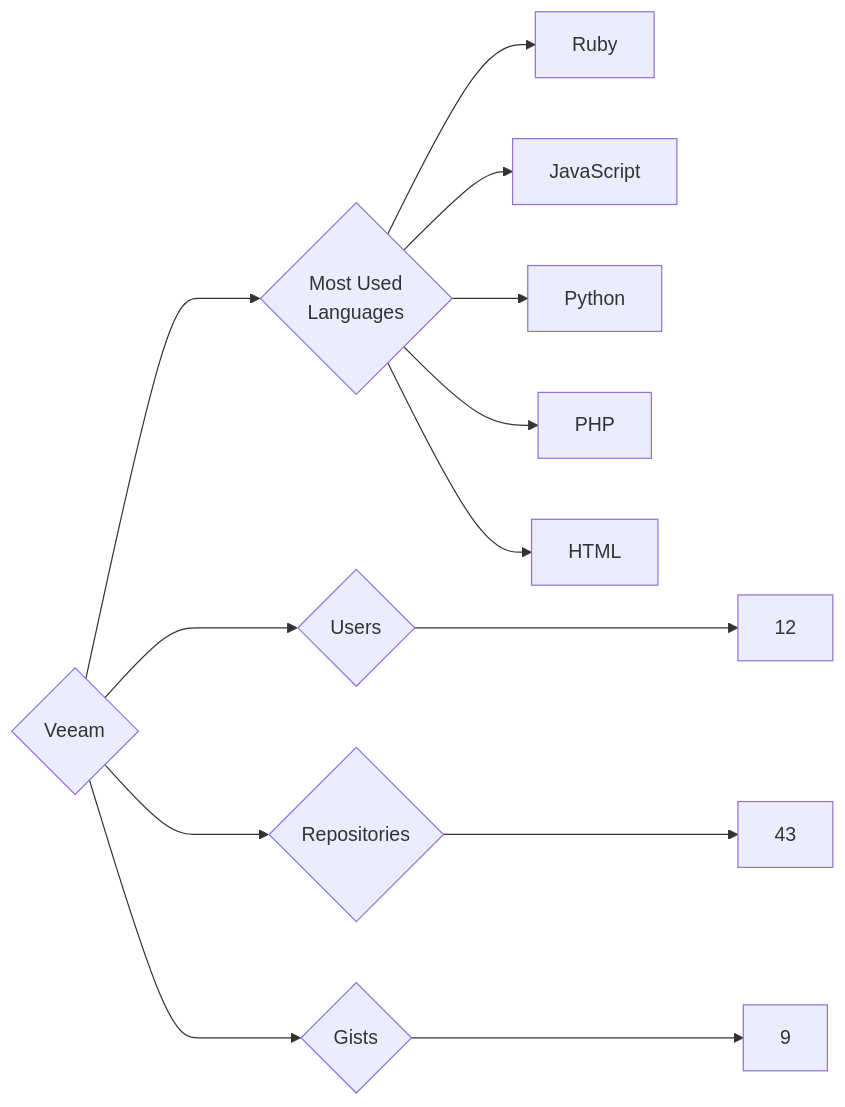
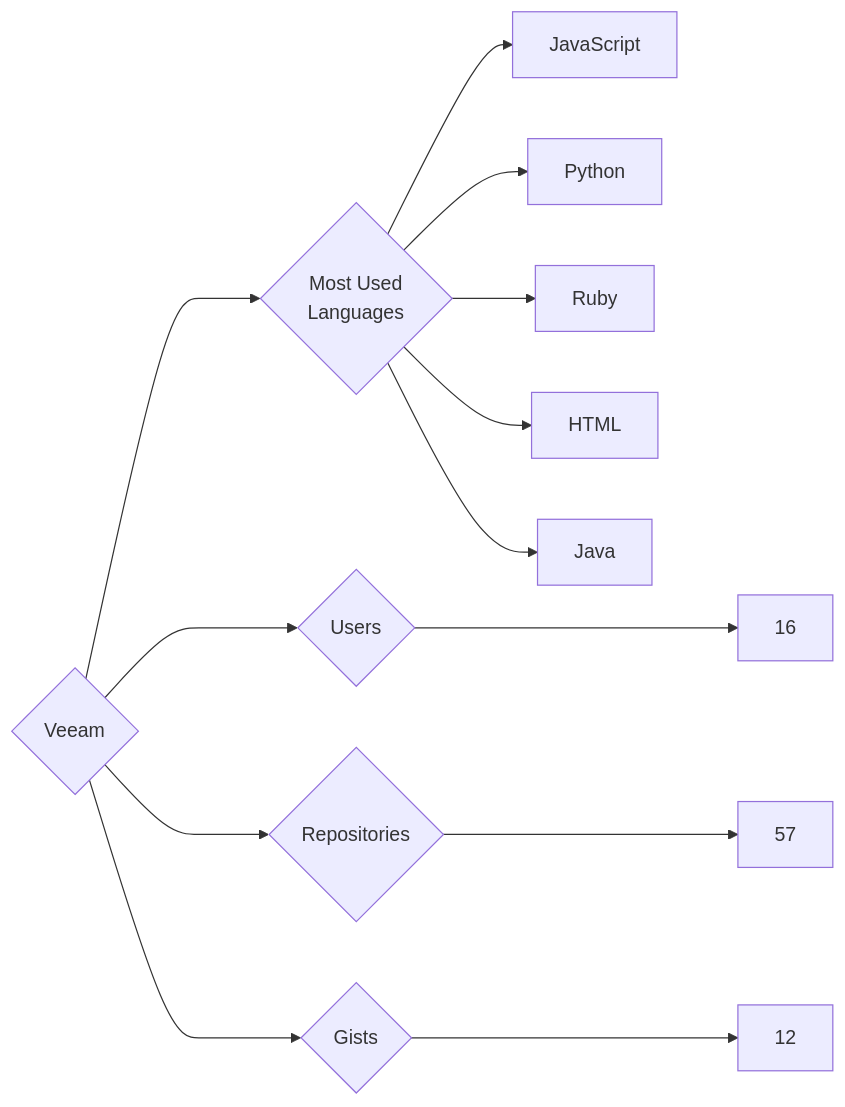
Before and after one commit to trickest/insiders: the diagram in targets/Veeam/README.md, drawn with Mermaid. The commit also changed 912 other files, not shown here.

````diff
--- a/targets/Veeam/README.md
+++ b/targets/Veeam/README.md
@@ -3,13 +3,13 @@
 ```mermaid
 graph LR
 COMPANY_NAME{Veeam}
-COMPANY_NAME ---> U{Users} ---> UN[12]
-COMPANY_NAME ---> R{Repositories} ---> RN[43]
-COMPANY_NAME ---> G{Gists} ---> GN[9]
+COMPANY_NAME ---> U{Users} ---> UN[16]
+COMPANY_NAME ---> R{Repositories} ---> RN[57]
+COMPANY_NAME ---> G{Gists} ---> GN[12]
 COMPANY_NAME ---> ML{Most Used<br>Languages}
-ML --> Ruby[Ruby]
 ML --> JavaScript[JavaScript]
 ML --> Python[Python]
-ML --> PHP[PHP]
+ML --> Ruby[Ruby]
 ML --> HTML[HTML]
+ML --> Java[Java]
 ```
````
